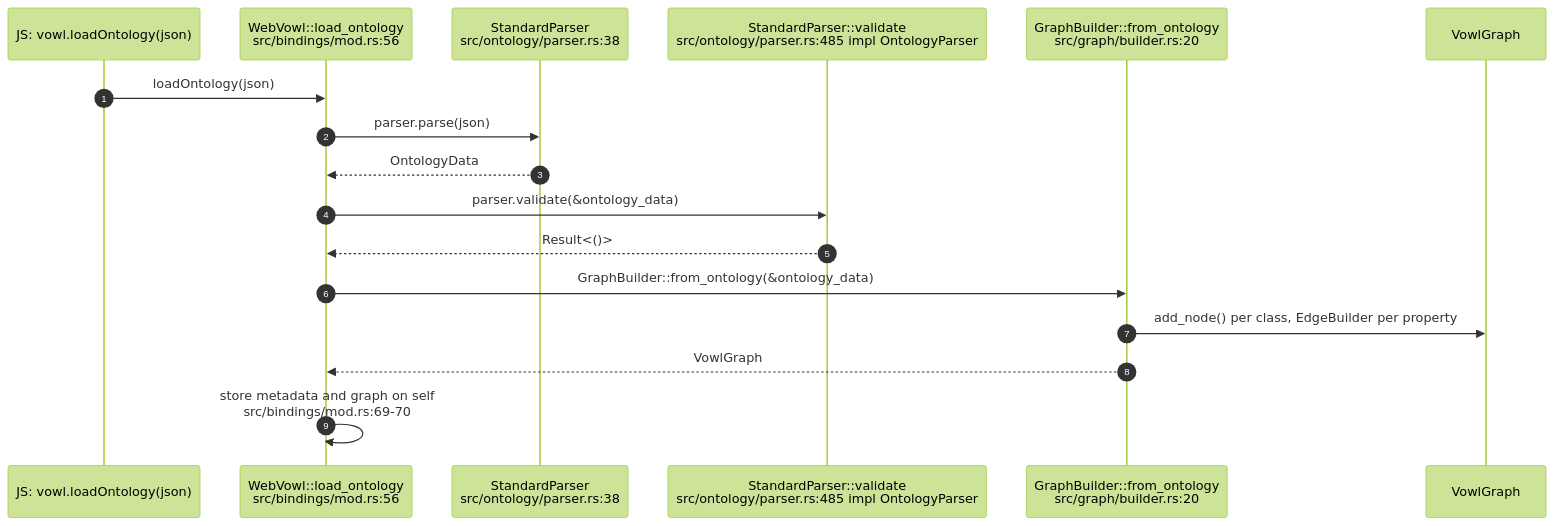
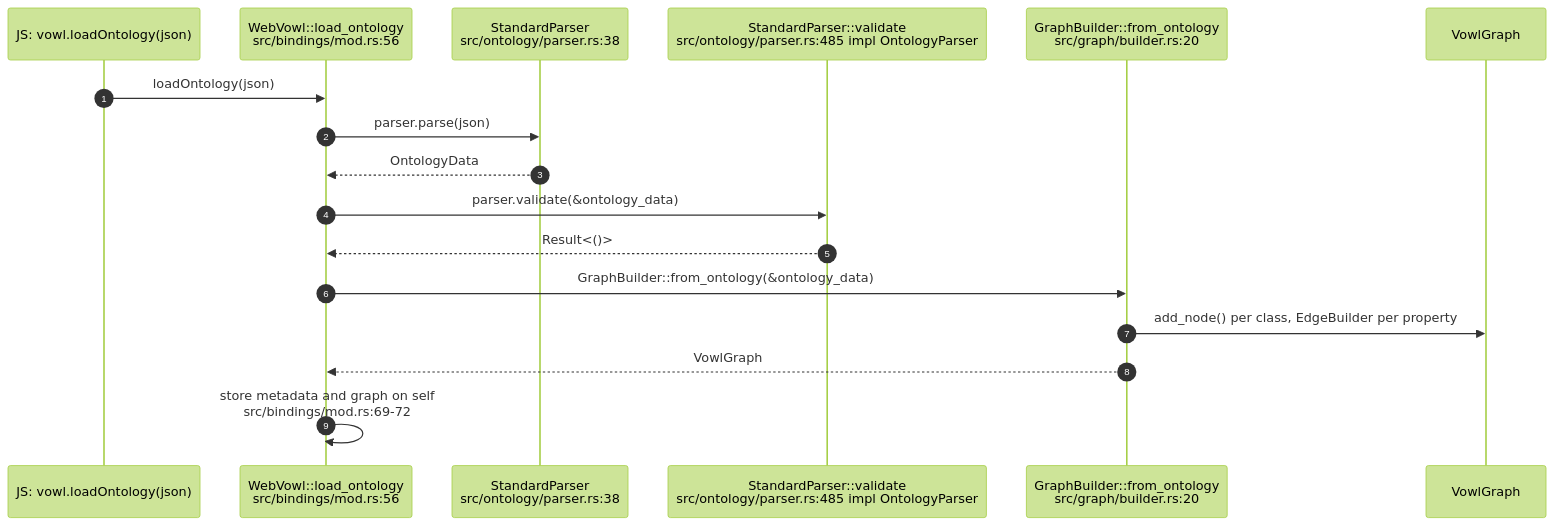
One commit to DreamLab-AI/VisionFlow changed the first of 5 diagrams in docs/diagrams/vowl-wasm/02-owl-parse-to-graph-model.md. Above: the diagram before and after it, drawn with Mermaid (forest theme). The commit also changed other lines of this file and 154 other files, not shown here.

First line of the commit message:
docs(diagrams): re-stamp 154 topics whose every citation still reads the same text at the current heads

````diff
--- a/docs/diagrams/vowl-wasm/02-owl-parse-to-graph-model.md
+++ b/docs/diagrams/vowl-wasm/02-owl-parse-to-graph-model.md
@@ -26,19 +26,19 @@
 ```mermaid
 sequenceDiagram
     autonumber
     participant JS as JS: vowl.loadOntology(json)
     participant WV as WebVowl::load_ontology<br/>src/bindings/mod.rs:56
     participant SP as StandardParser<br/>src/ontology/parser.rs:38
     participant OV as StandardParser::validate<br/>src/ontology/parser.rs:485 impl OntologyParser
     participant GB as GraphBuilder::from_ontology<br/>src/graph/builder.rs:20
     participant G as VowlGraph
     JS->>WV: loadOntology(json)
     WV->>SP: parser.parse(json)
     SP-->>WV: OntologyData
     WV->>OV: parser.validate(&ontology_data)
     OV-->>WV: Result<()>
     WV->>GB: GraphBuilder::from_ontology(&ontology_data)
     GB->>G: add_node() per class, EdgeBuilder per property
     GB-->>WV: VowlGraph
-    WV->>WV: store metadata and graph on self<br/>src/bindings/mod.rs:69-70
+    WV->>WV: store metadata and graph on self<br/>src/bindings/mod.rs:69-72
 ```
````
